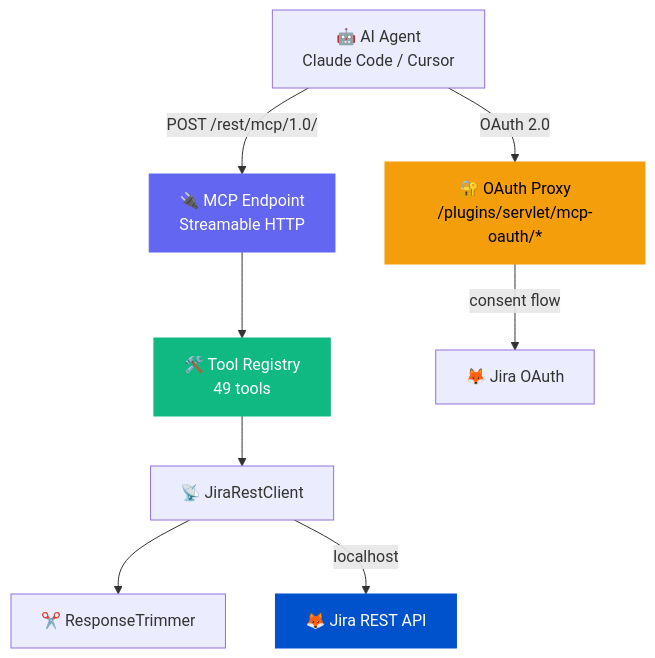
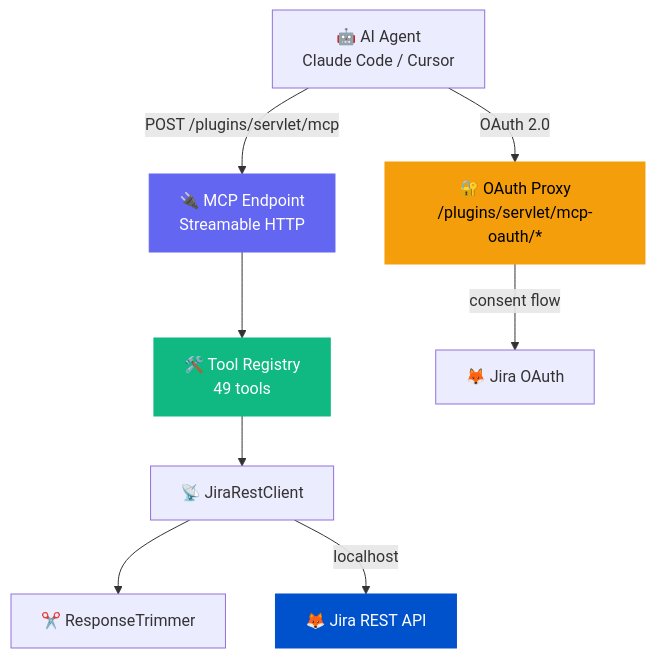
The first of 3 diagrams in README.md (mrkhachaturov/jira-mcp-plugin), drawn with Mermaid before and after one commit. The commit also changed other lines of this file and 3 other files, not shown here.

````diff
--- a/README.md
+++ b/README.md
@@ -33,17 +33,17 @@
 ```mermaid
 graph TD
-    AI["🤖 AI Agent<br/>Claude Code / Cursor"] -->|"POST /rest/mcp/1.0/"| MCP["🔌 MCP Endpoint<br/>Streamable HTTP"]
+    AI["🤖 AI Agent<br/>Claude Code / Cursor"] -->|"POST /plugins/servlet/mcp"| MCP["🔌 MCP Endpoint<br/>Streamable HTTP"]
     AI -->|"OAuth 2.0"| OAUTH["🔐 OAuth Proxy<br/>/plugins/servlet/mcp-oauth/*"]
 
     MCP --> TR["🛠️ Tool Registry<br/>49 tools"]
     OAUTH -->|"consent flow"| JIRA_AUTH["🦊 Jira OAuth"]
 
     TR --> CLIENT["📡 JiraRestClient"]
     CLIENT --> TRIM["✂️ ResponseTrimmer"]
     CLIENT -->|"localhost"| JIRA_API["🦊 Jira REST API"]
 
     style MCP fill:#6366f1,color:#fff,stroke:#6366f1
     style TR fill:#10b981,color:#fff,stroke:#10b981
     style OAUTH fill:#f59e0b,color:#000,stroke:#f59e0b
     style JIRA_API fill:#0052CC,color:#fff,stroke:#0052CC
 ```
````
